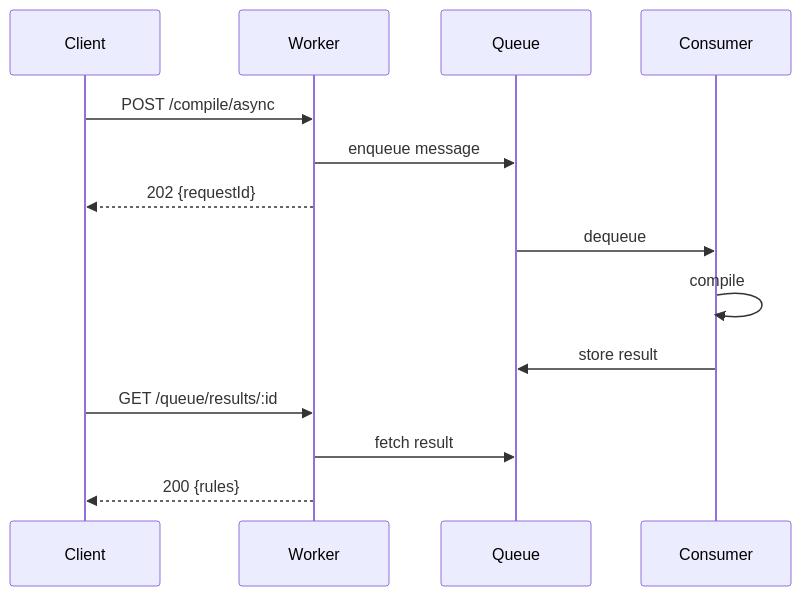
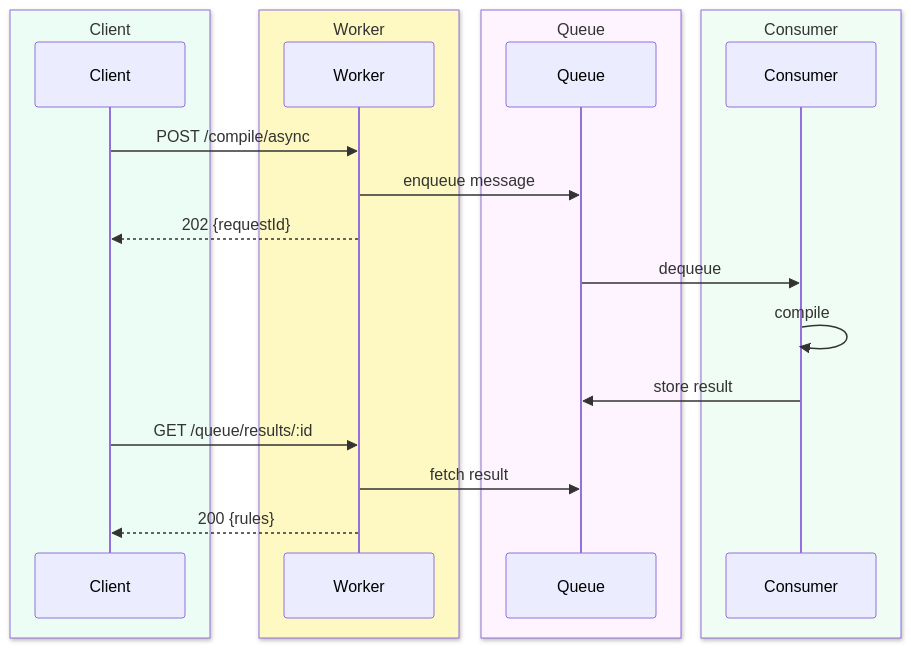
Diagram 18 of 19 in docs/development/ARCHITECTURE.md (jaypatrick/adblock-compiler), drawn with Mermaid before and after one commit. The commit also changed other lines of this file, not shown here.

Commit message:
docs: update ARCHITECTURE.md with current architecture and color-coded diagrams

````diff
--- a/docs/development/ARCHITECTURE.md
+++ b/docs/development/ARCHITECTURE.md
@@ -611,17 +812,25 @@
 ```mermaid
 sequenceDiagram
-    participant Client
-    participant Worker
-    participant Queue
-    participant Consumer
+    box rgb(236,253,245) Client
+        participant Client
+    end
+    box rgb(254,249,195) Worker
+        participant Worker
+    end
+    box rgb(253,244,255) Queue
+        participant Queue
+    end
+    box rgb(240,253,244) Consumer
+        participant Consumer
+    end
 
     Client->>Worker: POST /compile/async
     Worker->>Queue: enqueue message
     Worker-->>Client: 202 {requestId}
     Queue->>Consumer: dequeue
     Consumer->>Consumer: compile
     Consumer->>Queue: store result
     Client->>Worker: GET /queue/results/:id
     Worker->>Queue: fetch result
     Worker-->>Client: 200 {rules}
 ```
````
